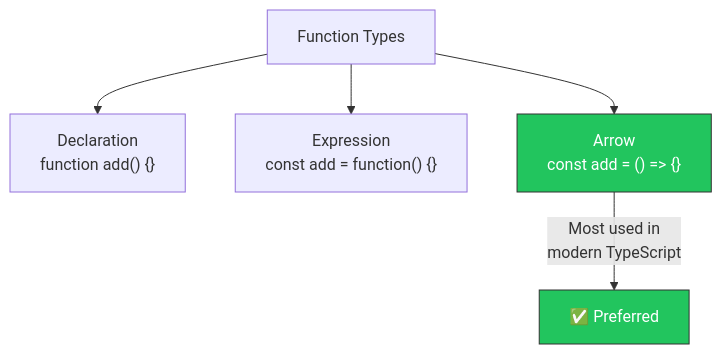
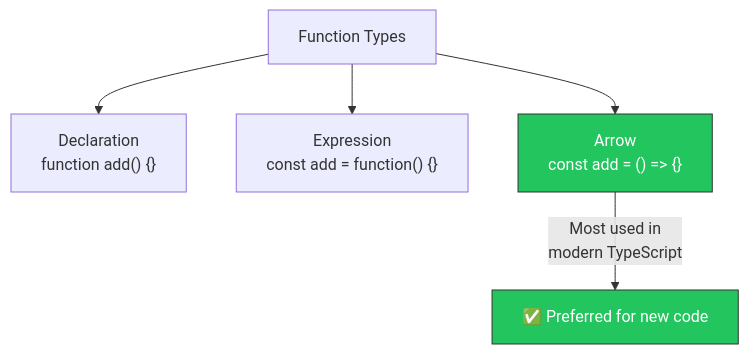
Diagram 11 of 18 in typescript-fundamentals/README.md (DinoQuinten/DSA-typescript), drawn with Mermaid before and after one commit. The commit also changed other lines of this file, not shown here.

Commit message:
improved mermaid digram

````diff
--- a/typescript-fundamentals/README.md
+++ b/typescript-fundamentals/README.md
@@ -643,9 +648,9 @@
 ```mermaid
 graph TD
     A["Function Types"] --> B["Declaration<br/>function add() {}"]
     A --> C["Expression<br/>const add = function() {}"]
     A --> D["Arrow<br/>const add = () => {}"]
-    D -->|"Most used in<br/>modern TypeScript"| E["✅ Preferred"]
+    D -->|"Most used in<br/>modern TypeScript"| E["✅ Preferred for new code"]
     style D fill:#22c55e,stroke:#333,color:#fff
     style E fill:#22c55e,stroke:#333,color:#fff
 ```
````
